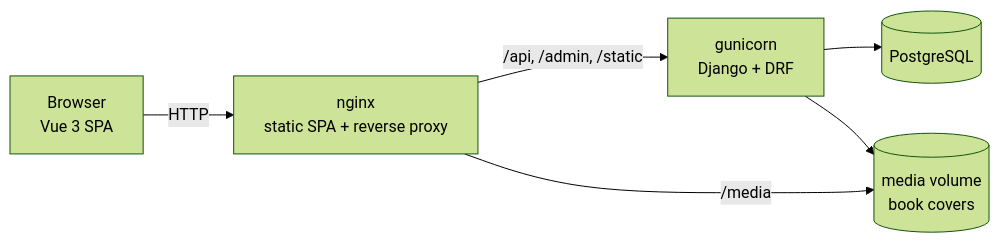
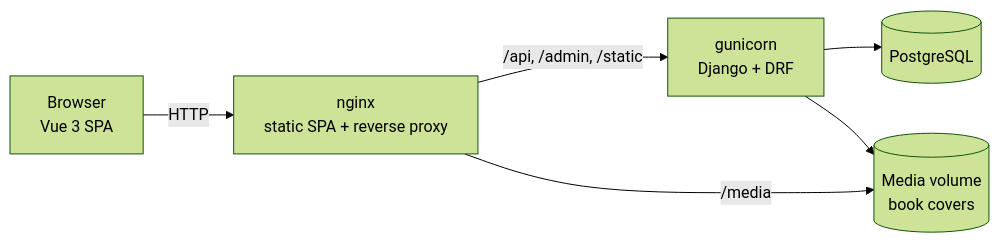
The diagram in README.md (DogNellaf/verso-bookshop), drawn with Mermaid (forest theme) before and after one commit. The commit also changed other lines of this file and 3 other files, not shown here.

````diff
--- a/README.md
+++ b/README.md
@@ -77,8 +130,8 @@
 ```mermaid
 flowchart LR
-    B[Browser<br/>Vue 3 SPA] -->|HTTP| N[nginx<br/>static SPA + reverse proxy]
+    U[Browser<br/>Vue 3 SPA] -->|HTTP| N[nginx<br/>static SPA + reverse proxy]
     N -->|/api, /admin, /static| G[gunicorn<br/>Django + DRF]
-    N -->|/media| M[(media volume<br/>book covers)]
+    N -->|/media| M[(Media volume<br/>book covers)]
     G --> P[(PostgreSQL)]
     G --> M
 ```
````
